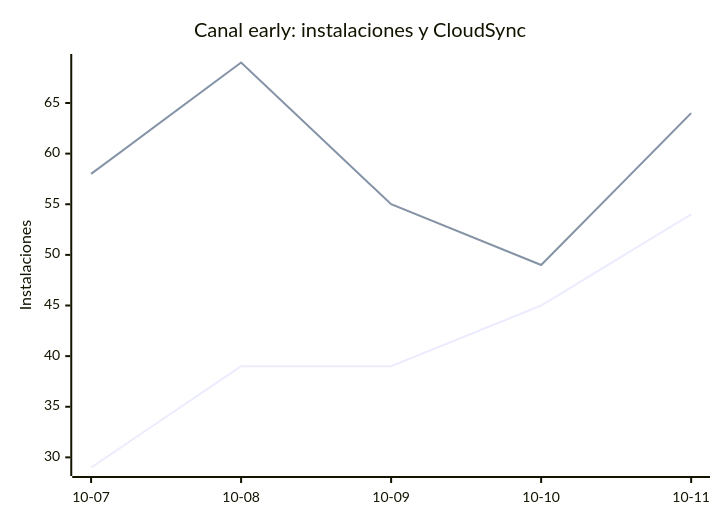
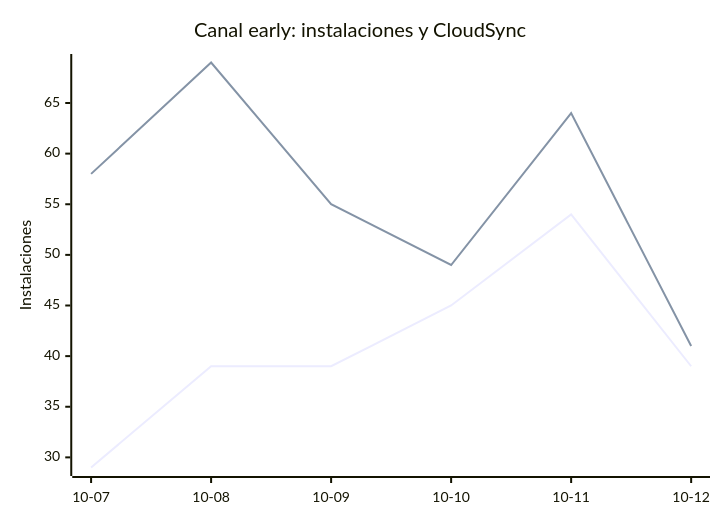
One commit to EmuDeck/stats changed the eighth of 8 diagrams in README.md. Above: the diagram before and after it, drawn with Mermaid. The commit also changed other lines of this file and 2 other files, not shown here.

````diff
--- a/README.md
+++ b/README.md
@@ -102,8 +102,8 @@
 ```mermaid
 xychart-beta
     title "Canal early: instalaciones y CloudSync"
-    x-axis ["10-07", "10-08", "10-09", "10-10", "10-11"]
+    x-axis ["10-07", "10-08", "10-09", "10-10", "10-11", "10-12"]
     y-axis "Instalaciones"
-    line [29, 39, 39, 45, 54]
-    line [58, 69, 55, 49, 64]
+    line [29, 39, 39, 45, 54, 39]
+    line [58, 69, 55, 49, 64, 41]
 ```
````
